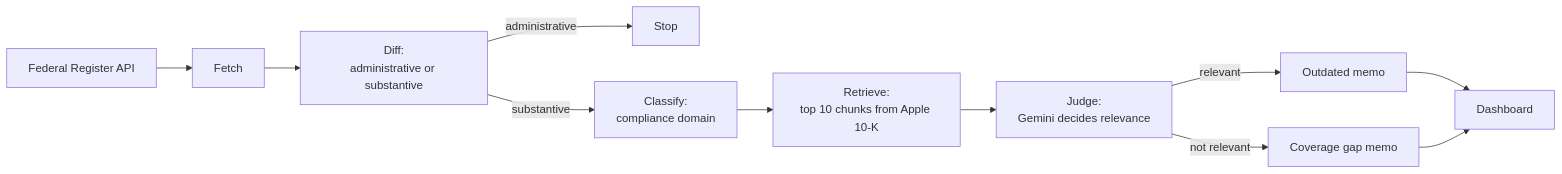
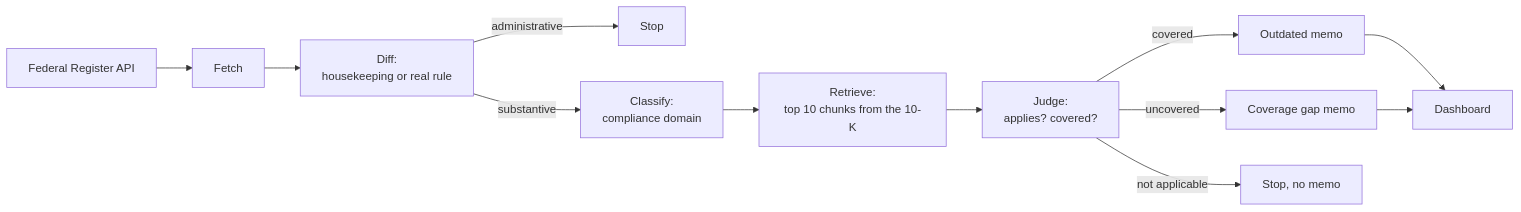
The first of 2 diagrams in README.md (d4t4forge-debugX/regpulse), drawn with Mermaid before and after one commit. The commit also changed other lines of this file, not shown here.

Commit message:
README: 3-way judge, current eval numbers and misses, config.py, single fetch-then-graph pipeline

````diff
--- a/README.md
+++ b/README.md
@@ -73,13 +75,14 @@
 ```mermaid
 flowchart LR
     A[Federal Register API] --> B[Fetch]
-    B --> C[Diff:<br/>administrative or substantive]
+    B --> C[Diff:<br/>housekeeping or real rule]
     C -->|administrative| X[Stop]
     C -->|substantive| D[Classify:<br/>compliance domain]
-    D --> E[Retrieve:<br/>top 10 chunks from Apple 10-K]
-    E --> F[Judge:<br/>Gemini decides relevance]
-    F -->|relevant| G[Outdated memo]
-    F -->|not relevant| H[Coverage gap memo]
+    D --> E[Retrieve:<br/>top 10 chunks from the 10-K]
+    E --> F[Judge:<br/>applies? covered?]
+    F -->|covered| G[Outdated memo]
+    F -->|uncovered| H[Coverage gap memo]
+    F -->|not applicable| Y[Stop, no memo]
     G --> I[Dashboard]
     H --> I
 ```
````
